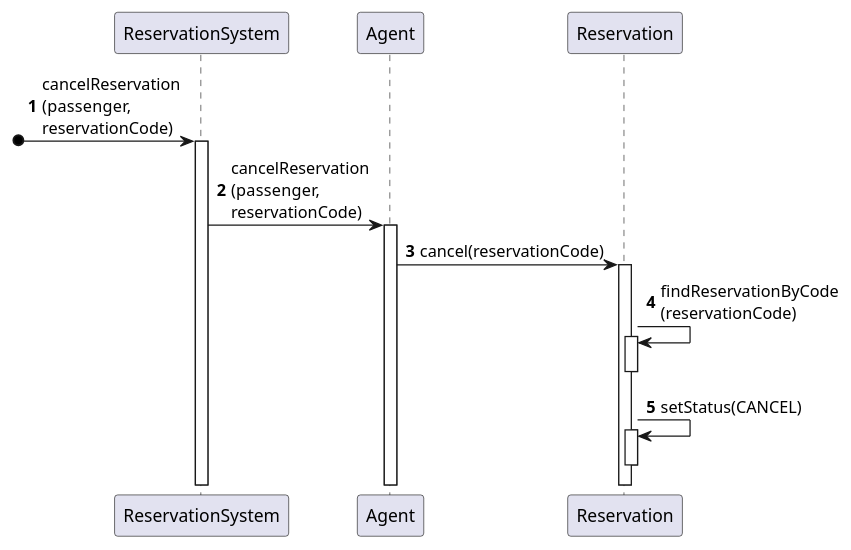
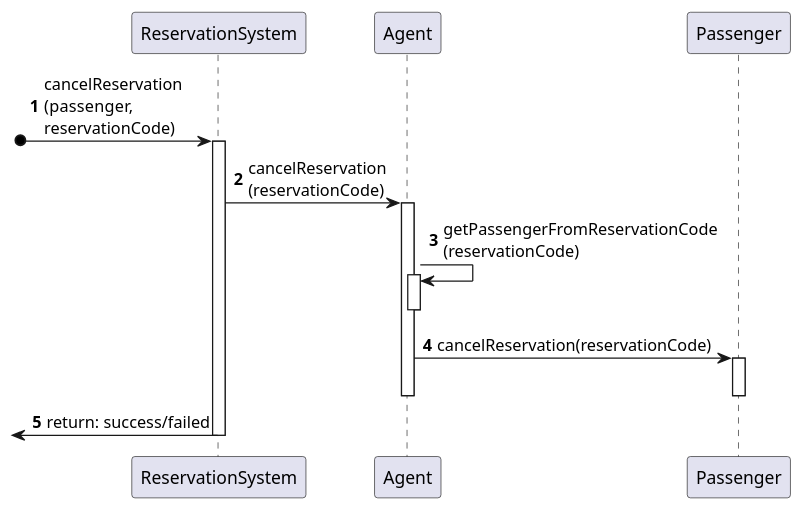
One commit to Ochirgarid/mpp-project changed the diagram in diagrams/plantuml/3-14-sequence-diagram.md. Above: the diagram before and after it, drawn with PlantUML. The commit also changed 12 other files, not shown here.

Commit message:
4 sequence diagrams update

````diff
--- a/diagrams/plantuml/3-14-sequence-diagram.md
+++ b/diagrams/plantuml/3-14-sequence-diagram.md
@@ -1,20 +1,23 @@
 ```plantuml
 @startuml
 
 autonumber
 
 [o->ReservationSystem: cancelReservation\n(passenger,\nreservationCode)
 activate ReservationSystem
-ReservationSystem->Agent: cancelReservation\n(passenger,\nreservationCode)
+ReservationSystem->Agent: cancelReservation\n(reservationCode)
 activate Agent
-Agent -> Reservation: cancel(reservationCode)
-activate Reservation
-Reservation -> Reservation: findReservationByCode\n(reservationCode)
-activate Reservation
-deactivate Reservation
-Reservation -> Reservation: setStatus(CANCEL)
-activate Reservation
-deactivate Reservation
+Agent -> Agent: getPassengerFromReservationCode\n(reservationCode)
+activate Agent
+deactivate Agent
+
+Agent->Passenger: cancelReservation(reservationCode)
+activate Passenger
+deactivate Passenger
+deactivate Agent
+[<-ReservationSystem: return: success/failed
+deactivate ReservationSystem
+
 
 @enduml
 ```
````
